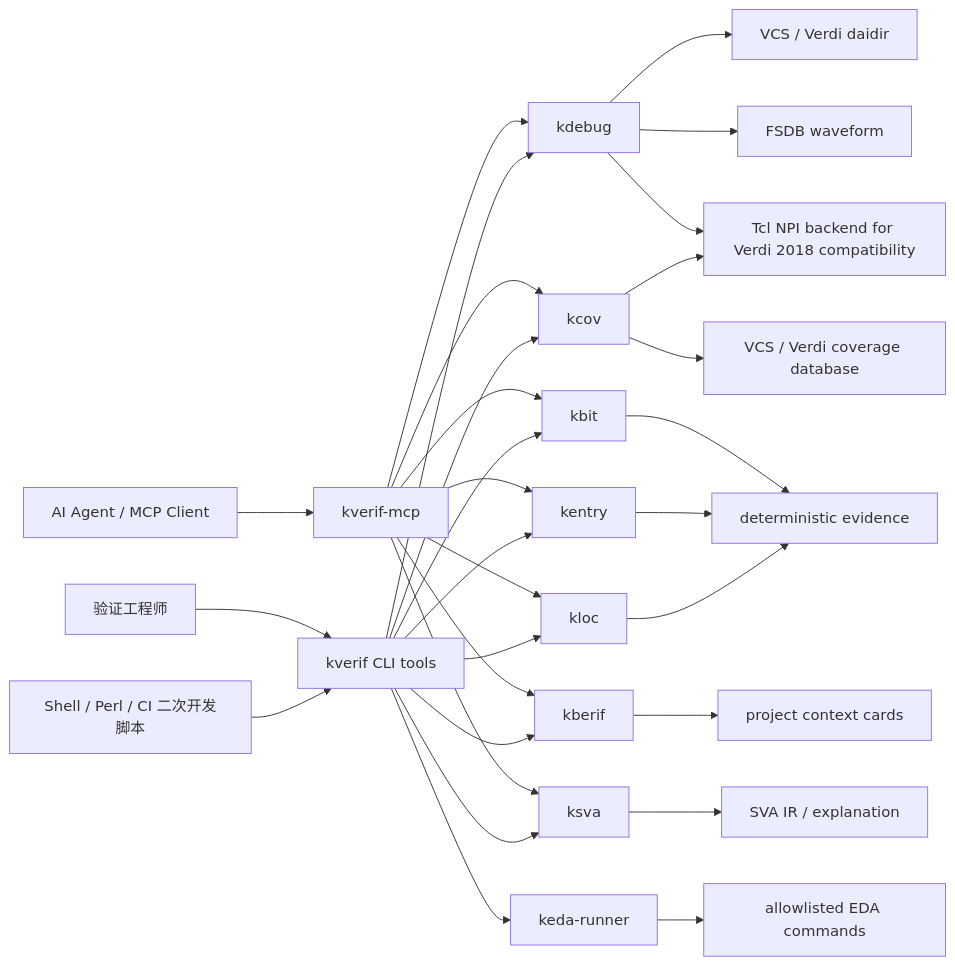
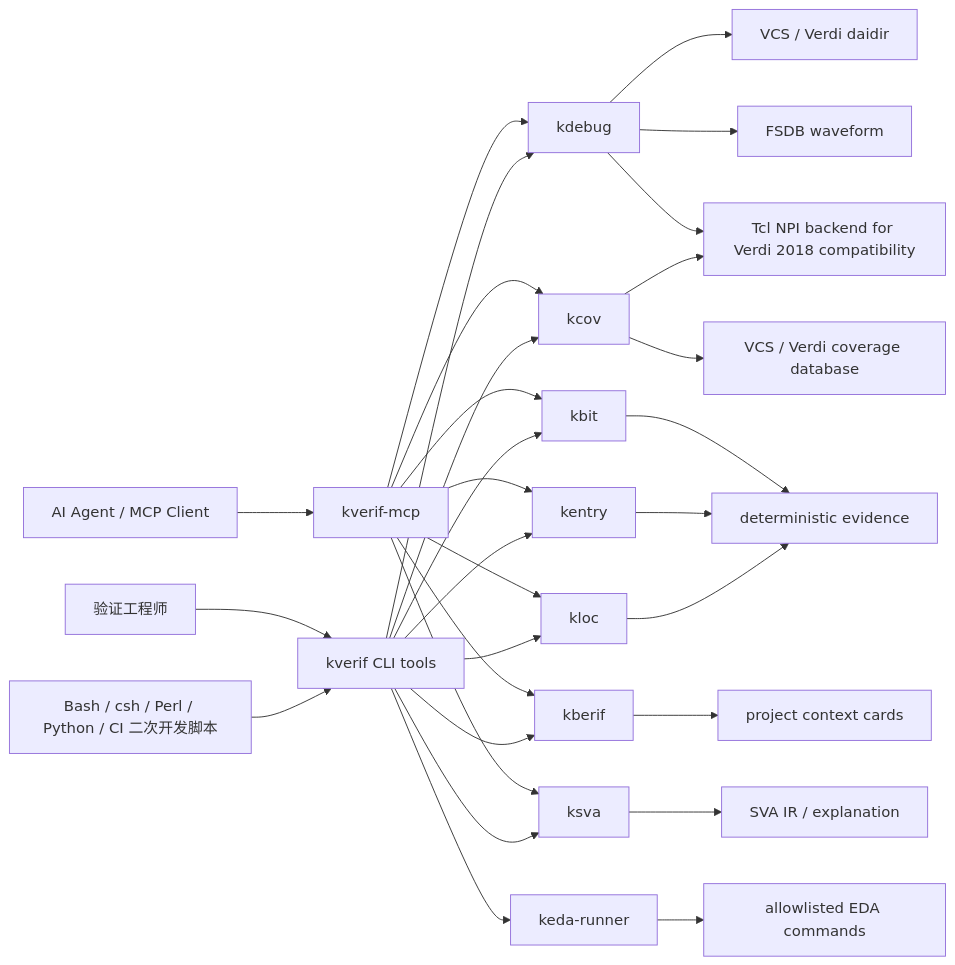
The first of 6 diagrams in README.md (ysyx-22040210-yudian/xverif), drawn with Mermaid before and after one commit. The commit also changed other lines of this file and 15 other files, not shown here.

````diff
--- a/README.md
+++ b/README.md
@@ -34,36 +34,36 @@
 ```mermaid
 flowchart LR
     User["验证工程师"] --> CLI["kverif CLI tools"]
-    Developer["Shell / Perl / CI 二次开发脚本"] --> CLI
+    Developer["Bash / csh / Perl / Python / CI 二次开发脚本"] --> CLI
     Agent["AI Agent / MCP Client"] --> MCP["kverif-mcp"]
 
     MCP --> KDEBUG["kdebug"]
     MCP --> KCOV["kcov"]
     MCP --> KBIT["kbit"]
     MCP --> KENTRY["kentry"]
     MCP --> KLOC["kloc"]
     MCP --> KBERIF["kberif"]
     MCP --> KSVA["ksva"]
 
     CLI --> KDEBUG
     CLI --> KCOV
     CLI --> KBIT
     CLI --> KENTRY
     CLI --> KLOC
     CLI --> KBERIF
     CLI --> KSVA
     CLI --> KEDA["keda-runner"]
 
     KDEBUG --> RTLDB["VCS / Verdi daidir"]
     KDEBUG --> FSDB["FSDB waveform"]
     KDEBUG --> TCL["Tcl NPI backend for Verdi 2018 compatibility"]
     KCOV --> VDB["VCS / Verdi coverage database"]
     KCOV --> TCL
     KEDA --> EDA["allowlisted EDA commands"]
 
     KBIT --> FACTS["deterministic evidence"]
     KENTRY --> FACTS
     KLOC --> FACTS
     KBERIF --> CONTEXT["project context cards"]
     KSVA --> IR["SVA IR / explanation"]
 ```
````
